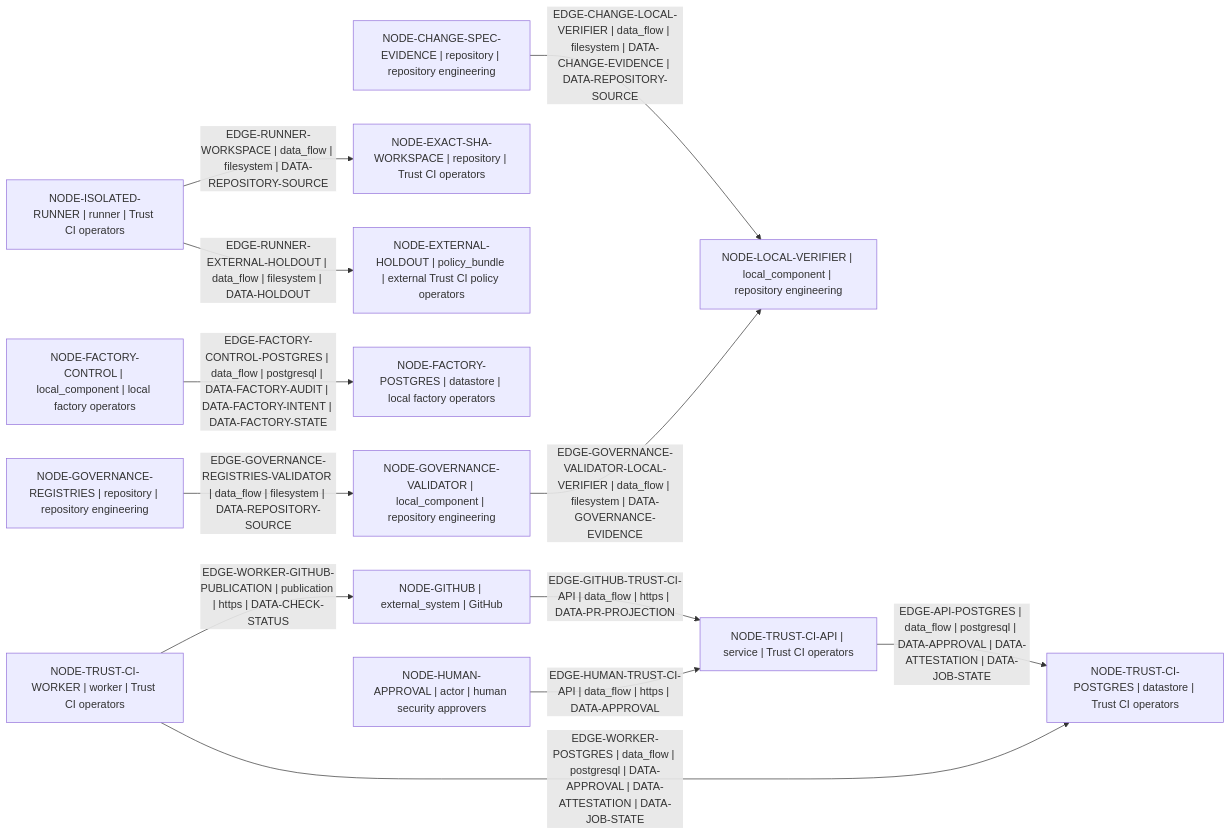
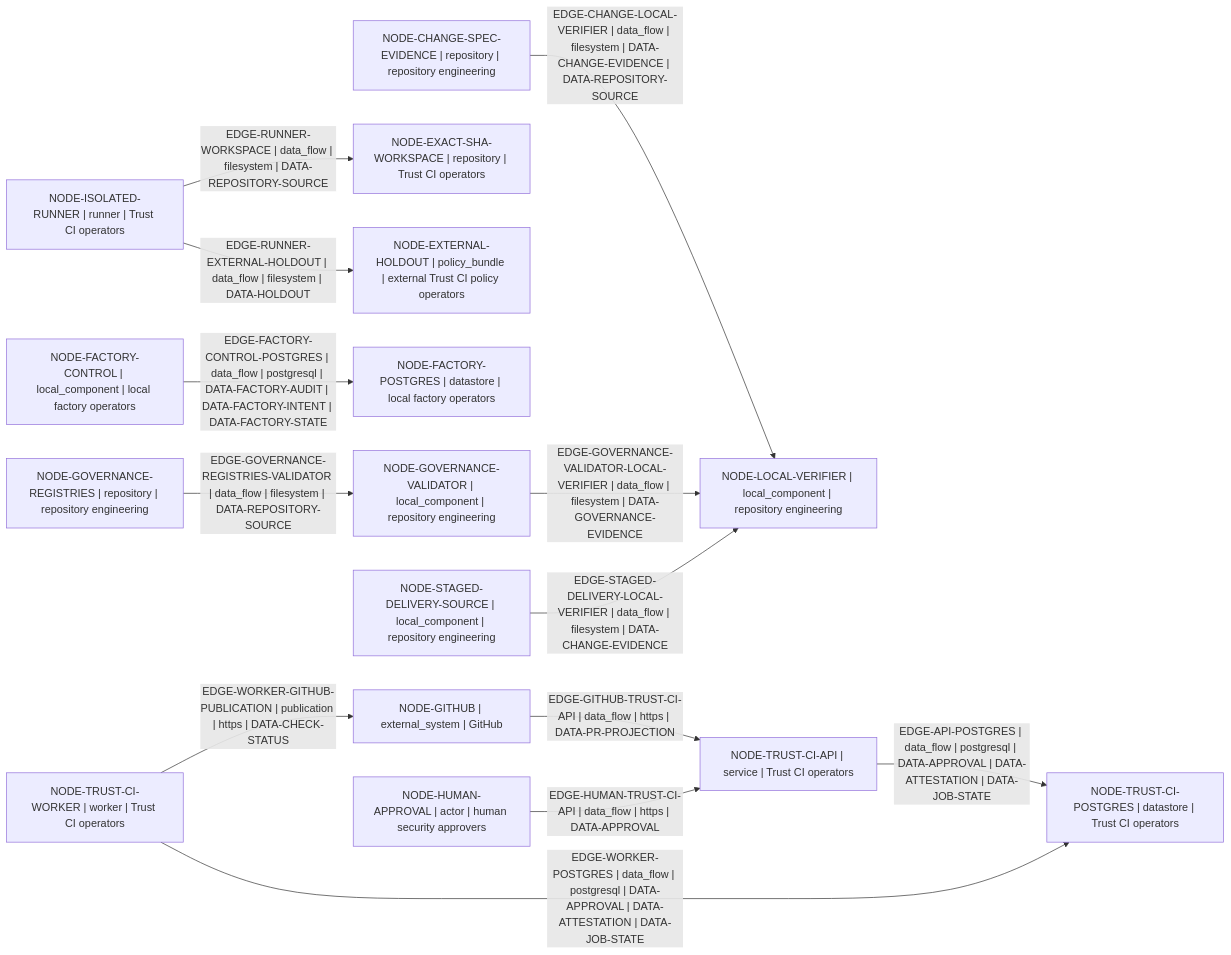
Before and after one commit to Dimkox/adaptive-grok-build-pro: the diagram in architecture/generated/data-flow.mmd, drawn with Mermaid. The commit also changed 29 other files, not shown here.

Commit message:
fix(delivery): bind typed provisional M8 evidence

```diff
--- a/architecture/generated/data-flow.mmd
+++ b/architecture/generated/data-flow.mmd
@@ -1,26 +1,28 @@
 flowchart LR
   node_8938bd3db1932751["NODE-CHANGE-SPEC-EVIDENCE | repository | repository engineering"]
   node_2e8a7072de3f3743["NODE-EXACT-SHA-WORKSPACE | repository | Trust CI operators"]
   node_0a0fe2f046a648e9["NODE-EXTERNAL-HOLDOUT | policy_bundle | external Trust CI policy operators"]
   node_a6c166e55f8e1784["NODE-FACTORY-CONTROL | local_component | local factory operators"]
   node_a77de286f8308fd4["NODE-FACTORY-POSTGRES | datastore | local factory operators"]
   node_8b8a8cd21b180532["NODE-GITHUB | external_system | GitHub"]
   node_dfd1104494c6ab8f["NODE-GOVERNANCE-REGISTRIES | repository | repository engineering"]
   node_23677f8757246623["NODE-GOVERNANCE-VALIDATOR | local_component | repository engineering"]
   node_e4e37173e410ad23["NODE-HUMAN-APPROVAL | actor | human security approvers"]
   node_1c3a10ba26a8e80d["NODE-ISOLATED-RUNNER | runner | Trust CI operators"]
   node_23bed8fcbfc79861["NODE-LOCAL-VERIFIER | local_component | repository engineering"]
+  node_e1da543fa66b0086["NODE-STAGED-DELIVERY-SOURCE | local_component | repository engineering"]
   node_d0e570b2fbe52f98["NODE-TRUST-CI-API | service | Trust CI operators"]
   node_1a6c7efb2d08591b["NODE-TRUST-CI-POSTGRES | datastore | Trust CI operators"]
   node_070dda93443dcc1f["NODE-TRUST-CI-WORKER | worker | Trust CI operators"]
   node_d0e570b2fbe52f98 -->|"EDGE-API-POSTGRES | data_flow | postgresql | DATA-APPROVAL | DATA-ATTESTATION | DATA-JOB-STATE"| node_1a6c7efb2d08591b
   node_8938bd3db1932751 -->|"EDGE-CHANGE-LOCAL-VERIFIER | data_flow | filesystem | DATA-CHANGE-EVIDENCE | DATA-REPOSITORY-SOURCE"| node_23bed8fcbfc79861
   node_a6c166e55f8e1784 -->|"EDGE-FACTORY-CONTROL-POSTGRES | data_flow | postgresql | DATA-FACTORY-AUDIT | DATA-FACTORY-INTENT | DATA-FACTORY-STATE"| node_a77de286f8308fd4
   node_8b8a8cd21b180532 -->|"EDGE-GITHUB-TRUST-CI-API | data_flow | https | DATA-PR-PROJECTION"| node_d0e570b2fbe52f98
   node_dfd1104494c6ab8f -->|"EDGE-GOVERNANCE-REGISTRIES-VALIDATOR | data_flow | filesystem | DATA-REPOSITORY-SOURCE"| node_23677f8757246623
   node_23677f8757246623 -->|"EDGE-GOVERNANCE-VALIDATOR-LOCAL-VERIFIER | data_flow | filesystem | DATA-GOVERNANCE-EVIDENCE"| node_23bed8fcbfc79861
   node_e4e37173e410ad23 -->|"EDGE-HUMAN-TRUST-CI-API | data_flow | https | DATA-APPROVAL"| node_d0e570b2fbe52f98
   node_1c3a10ba26a8e80d -->|"EDGE-RUNNER-EXTERNAL-HOLDOUT | data_flow | filesystem | DATA-HOLDOUT"| node_0a0fe2f046a648e9
   node_1c3a10ba26a8e80d -->|"EDGE-RUNNER-WORKSPACE | data_flow | filesystem | DATA-REPOSITORY-SOURCE"| node_2e8a7072de3f3743
+  node_e1da543fa66b0086 -->|"EDGE-STAGED-DELIVERY-LOCAL-VERIFIER | data_flow | filesystem | DATA-CHANGE-EVIDENCE"| node_23bed8fcbfc79861
   node_070dda93443dcc1f -->|"EDGE-WORKER-GITHUB-PUBLICATION | publication | https | DATA-CHECK-STATUS"| node_8b8a8cd21b180532
   node_070dda93443dcc1f -->|"EDGE-WORKER-POSTGRES | data_flow | postgresql | DATA-APPROVAL | DATA-ATTESTATION | DATA-JOB-STATE"| node_1a6c7efb2d08591b
```
